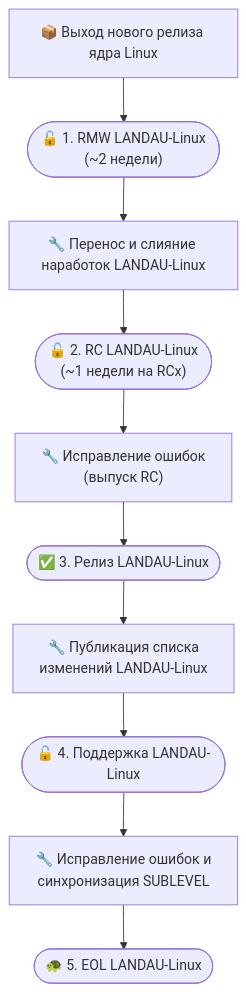
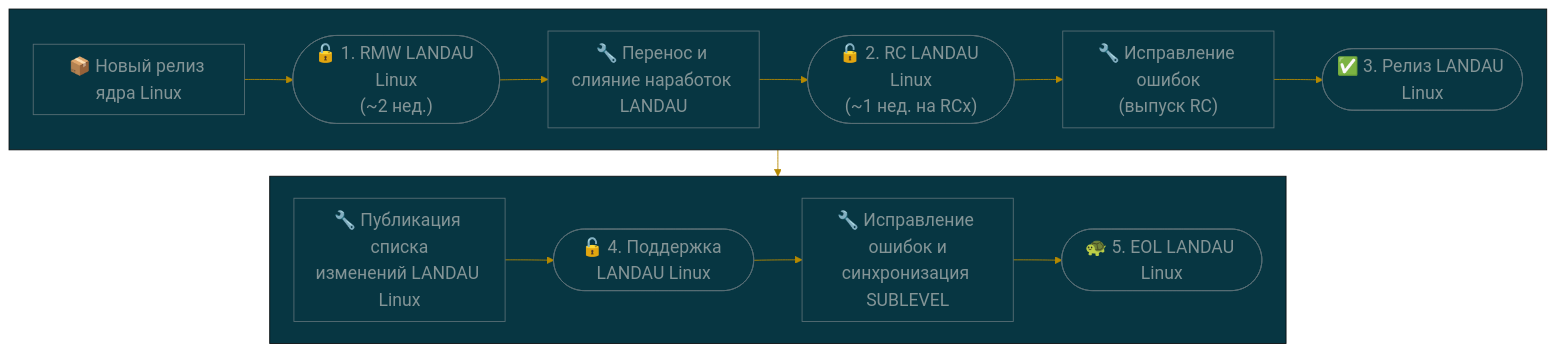
Before and after one commit to rulkc/landau: the second of 3 diagrams in content/landau-linux/maintenance/_index.md, drawn with Mermaid. The commit also changed other lines of this file and 2 other files, not shown here.

First line of the commit message:
landau-linux: finalize documentation after review call

````diff
--- a/content/landau-linux/maintenance/_index.md
+++ b/content/landau-linux/maintenance/_index.md
@@ -141,13 +183,43 @@
 ```mermaid
+%%{init: {
+  'theme': 'base',
+  'themeVariables': {
+    'background': '#002b36',
+    'primaryColor': '#073642',
+    'primaryTextColor': '#839496',
+    'primaryBorderColor': '#586e75',
+    'lineColor': '#b58900',
+    'secondaryColor': '#002b36',
+    'tertiaryColor': '#073642',
+    'edgeLabelBackground': '#002b36',
+    'nodeBorder': '#586e75',
+    'nodeTextColor': '#93a1a1',
+    'fontSize': '20px',
+    'fontFamily': 'monospace'
+  },
+  'flowchart': {
+    'nodeSpacing': 30,
+    'rankSpacing': 30,
+    'curve': 'basis',
+    'padding': 10
+  }
+}}%%
 flowchart TD
-    A["📦 Выход нового релиза ядра Linux"] --> B
-    B(["🔓 1. RMW LANDAU-Linux<br>(~2 недели)"]) --> C
-    C["🔧 Перенос и слияние наработок LANDAU-Linux"] --> D
-    D(["🔓 2. RC LANDAU-Linux<br>(~1 недели на RCx)"]) --> E
-    E["🔧 Исправление ошибок<br>(выпуск RC)"] --> F
-    F(["✅ 3. Релиз LANDAU-Linux"]) --> G
-    G["🔧 Публикация списка<br>изменений LANDAU-Linux"] --> H
-    H(["🔓 4. Поддержка LANDAU-Linux"]) --> I
-    I["🔧 Исправление ошибок и<br>синхронизация SUBLEVEL"] --> J
-    J(["🐢 5. EOL LANDAU-Linux"])
+    subgraph Block1[" "]
+        direction LR
+        A["📦 Новый релиз ядра Linux"] --> B(["🔓 1. RMW LANDAU Linux<br>(~2 нед.)"])
+        B --> C["🔧 Перенос и слияние наработок LANDAU"]
+        C --> D(["🔓 2. RC LANDAU Linux<br>(~1 нед. на RCx)"])
+        D --> E["🔧 Исправление ошибок<br>(выпуск RC)"]
+        E --> F(["✅ 3. Релиз LANDAU Linux"])
+    end
+
+    subgraph Block2[" "]
+        direction LR
+        G["🔧 Публикация списка<br>изменений LANDAU Linux"] --> H(["🔓 4. Поддержка LANDAU Linux"])
+        H --> I["🔧 Исправление ошибок и<br>синхронизация SUBLEVEL"]
+        I --> J(["🐢 5. EOL LANDAU Linux"])
+    end
+
+    Block1 --> Block2
 ```
````
